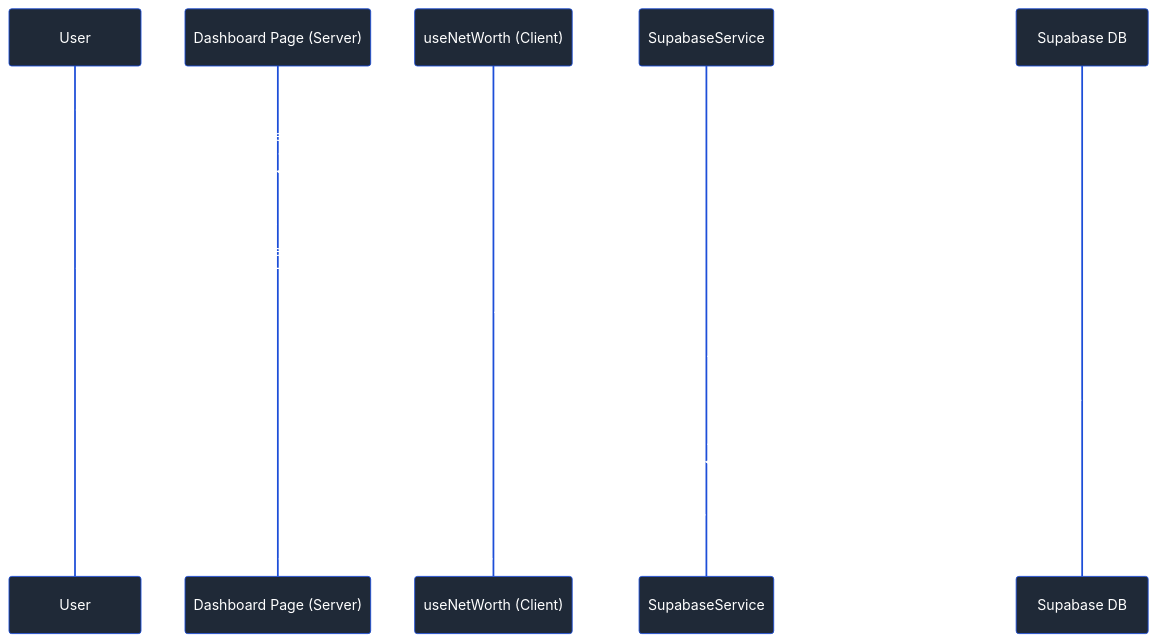
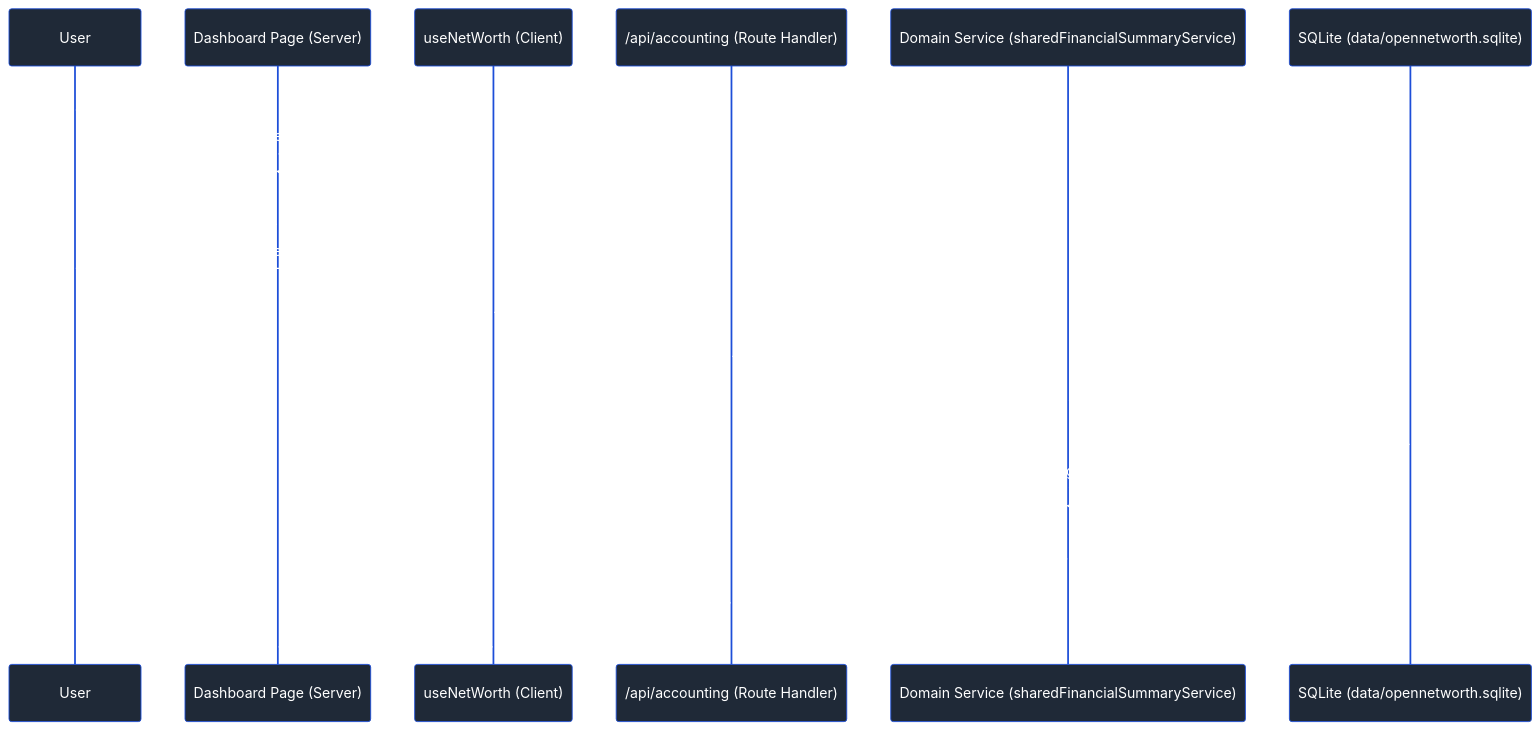
Before and after one commit to ricafort/OpenNetWorth: the second of 2 diagrams in PROJECT_MASTERCLASS.md, drawn with Mermaid. The commit also changed other lines of this file and 6 other files, not shown here.

````diff
--- a/PROJECT_MASTERCLASS.md
+++ b/PROJECT_MASTERCLASS.md
@@ -83,21 +84,24 @@
 ```mermaid
 %%{init: {'theme': 'base', 'themeVariables': { 'primaryColor': '#2563eb', 'primaryTextColor': '#ffffff', 'primaryBorderColor': '#1d4ed8', 'lineColor': '#e5e7eb', 'textColor': '#ffffff', 'mainBkg': '#1f2937', 'edgeLabelBackground': '#374151', 'tertiaryColor': '#374151'}}}%%
 sequenceDiagram
     participant User
     participant Page as Dashboard Page (Server)
     participant Hook as useNetWorth (Client)
-    participant Service as SupabaseService
-    participant DB as Supabase DB
+    participant Route as /api/accounting (Route Handler)
+    participant Service as Domain Service (sharedFinancialSummaryService)
+    participant DB as SQLite (data/opennetworth.sqlite)
 
     User->>Page: Visits /dashboard
     Page->>Page: Renders Shell (Skeleton)
     Page-->>User: Returns HTML
-    
+
     User->>Hook: Component Mounts
-    Hook->>Service: getAll()
-    Service->>DB: SELECT * FROM net_worth WHERE user_id = X
-    DB-->>Service: Returns Rows (snake_case)
-    Service->>Service: Convert to camelCase
-    Service-->>Hook: Returns Typed Objects
+    Hook->>Route: GET /api/accounting/...
+    Route->>Service: Aggregation call
+    Service->>DB: SELECT from m1_* tables (WAL)
+    DB-->>Service: Returns Rows
+    Service->>Service: Multi-currency aggregation & reconciliation
+    Service-->>Route: Typed summary
+    Route-->>Hook: JSON response
     Hook-->>User: Renders Chart Data
 ```
````
